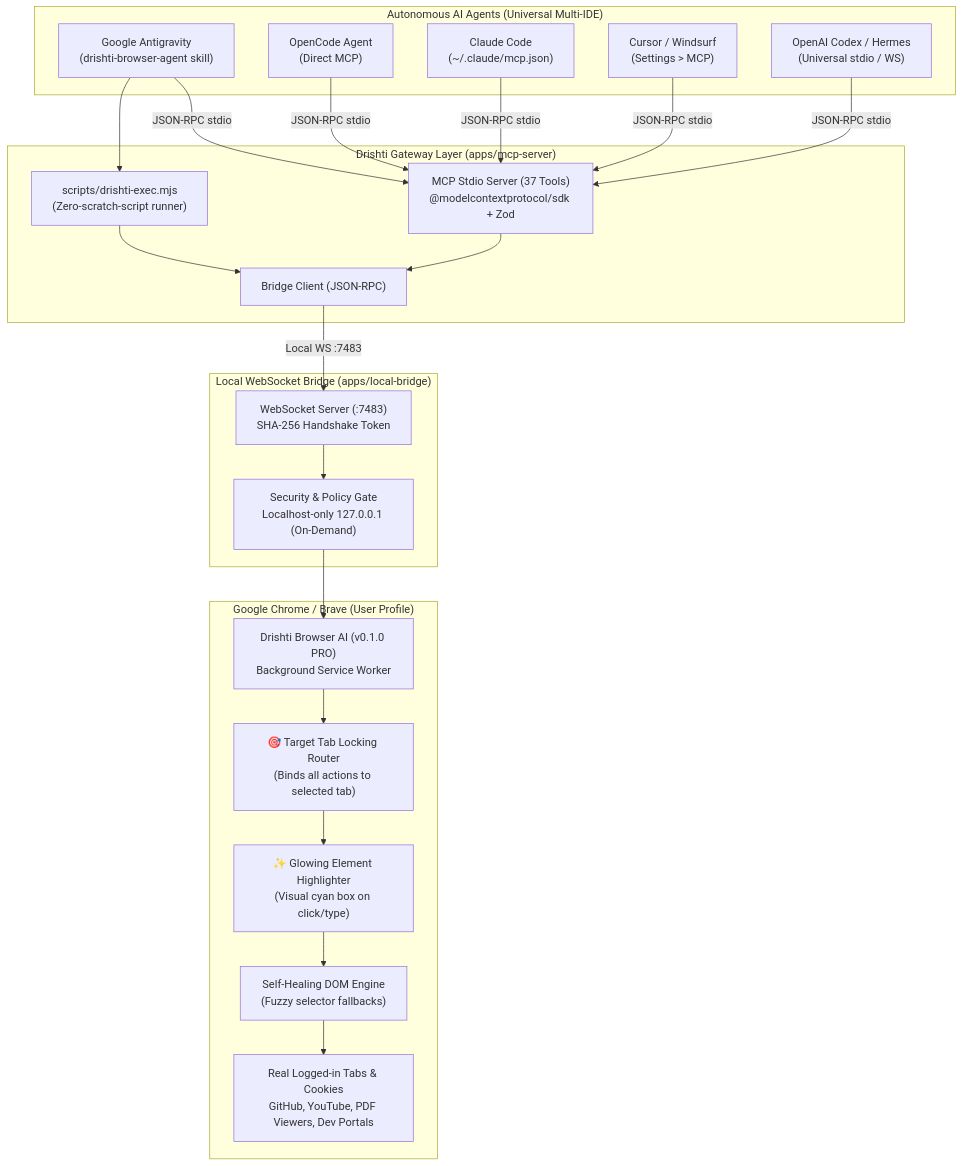
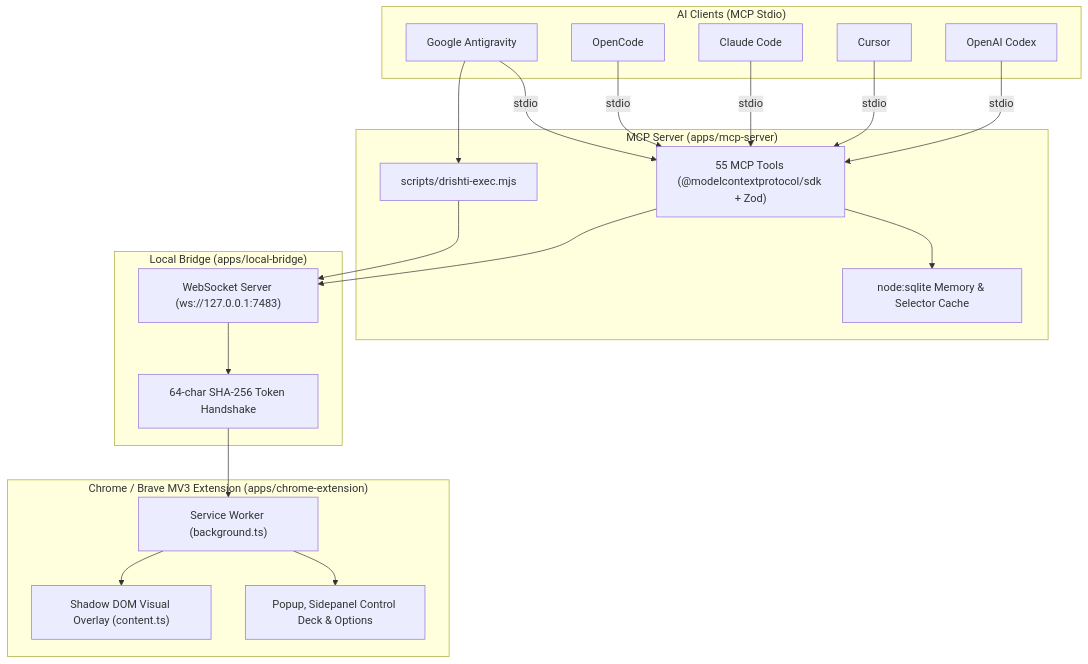
The diagram in README.md (SudhirDevOps1/drishti-browser-ai), drawn with Mermaid before and after one commit. The commit also changed other lines of this file and 85 other files, not shown here.

Commit message:
feat(branding): add Drishti SVG brand suite, R1-R5 visual fixes, and v0.1.2 docs

````diff
--- a/README.md
+++ b/README.md
@@ -39,46 +83,42 @@
 ```mermaid
 graph TD
-  subgraph AI_CLIENTS ["Autonomous AI Agents (Universal Multi-IDE)"]
-    AG["Google Antigravity\n(drishti-browser-agent skill)"]
-    OC["OpenCode Agent\n(Direct MCP)"]
-    CC["Claude Code\n(~/.claude/mcp.json)"]
-    CR["Cursor / Windsurf\n(Settings > MCP)"]
-    CD["OpenAI Codex / Hermes\n(Universal stdio / WS)"]
+  subgraph AI_CLIENTS ["AI Clients (MCP Stdio)"]
+    AG["Google Antigravity"]
+    OC["OpenCode"]
+    CC["Claude Code"]
+    CR["Cursor"]
+    CD["OpenAI Codex"]
   end
 
-  subgraph MCP_GATEWAY ["Drishti Gateway Layer (apps/mcp-server)"]
-    CLI["scripts/drishti-exec.mjs\n(Zero-scratch-script runner)"]
-    MS["MCP Stdio Server (37 Tools)\n@modelcontextprotocol/sdk + Zod"]
-    BC["Bridge Client (JSON-RPC)"]
+  subgraph MCP_GATEWAY ["MCP Server (apps/mcp-server)"]
+    MS["55 MCP Tools (@modelcontextprotocol/sdk + Zod)"]
+    SQL["node:sqlite Memory & Selector Cache"]
+    CLI["scripts/drishti-exec.mjs"]
   end
 
-  subgraph WS_BRIDGE ["Local WebSocket Bridge (apps/local-bridge)"]
-    WS["WebSocket Server (:7483)\nSHA-256 Handshake Token"]
-    SEC["Security & Policy Gate\nLocalhost-only 127.0.0.1 (On-Demand)"]
+  subgraph WS_BRIDGE ["Local Bridge (apps/local-bridge)"]
+    WS["WebSocket Server (ws://127.0.0.1:7483)"]
+    AUTH["64-char SHA-256 Token Handshake"]
   end
 
-  subgraph CHROME_MV3 ["Google Chrome / Brave (User Profile)"]
-    EXT["Drishti Browser AI (v0.1.0 PRO)\nBackground Service Worker"]
-    ROUTER["🎯 Target Tab Locking Router\n(Binds all actions to selected tab)"]
-    HL["✨ Glowing Element Highlighter\n(Visual cyan box on click/type)"]
-    DOM["Self-Healing DOM Engine\n(Fuzzy selector fallbacks)"]
-    TABS["Real Logged-in Tabs & Cookies\nGitHub, YouTube, PDF Viewers, Dev Portals"]
+  subgraph MV3_EXT ["Chrome / Brave MV3 Extension (apps/chrome-extension)"]
+    BG["Service Worker (background.ts)"]
+    VIS["Shadow DOM Visual Overlay (content.ts)"]
+    UI["Popup, Sidepanel Control Deck & Options"]
   end
 
   AG --> CLI
-  AG -->|JSON-RPC stdio| MS
-  OC -->|JSON-RPC stdio| MS
-  CC -->|JSON-RPC stdio| MS
-  CR -->|JSON-RPC stdio| MS
-  CD -->|JSON-RPC stdio| MS
+  AG -->|stdio| MS
+  OC -->|stdio| MS
+  CC -->|stdio| MS
+  CR -->|stdio| MS
+  CD -->|stdio| MS
 
-  CLI --> BC
-  MS --> BC
-  BC -->|Local WS :7483| WS
-  WS --> SEC
-  SEC --> EXT
-  EXT --> ROUTER
-  ROUTER --> HL
-  HL --> DOM
-  DOM --> TABS
+  CLI --> WS
+  MS --> SQL
+  MS --> WS
+  WS --> AUTH
+  AUTH --> BG
+  BG --> VIS
+  BG --> UI
 ```
````
